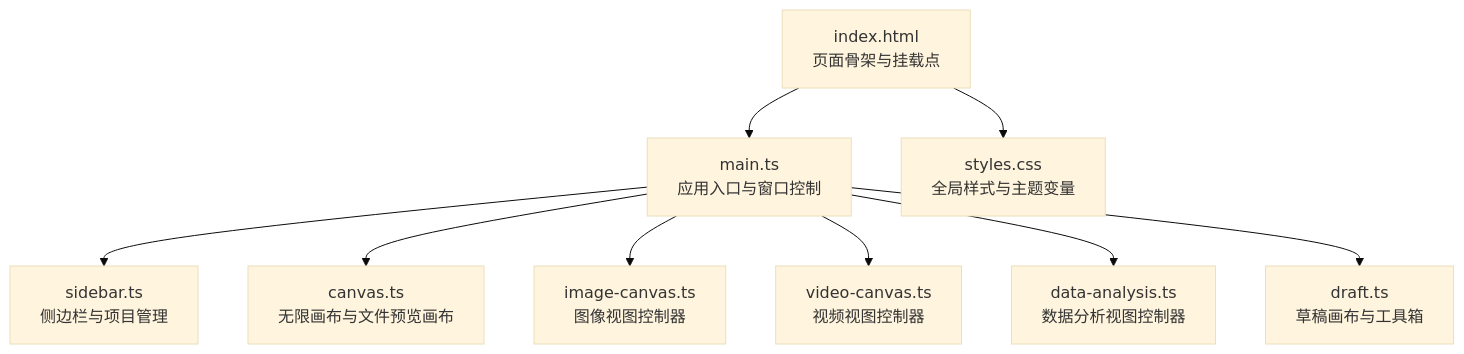
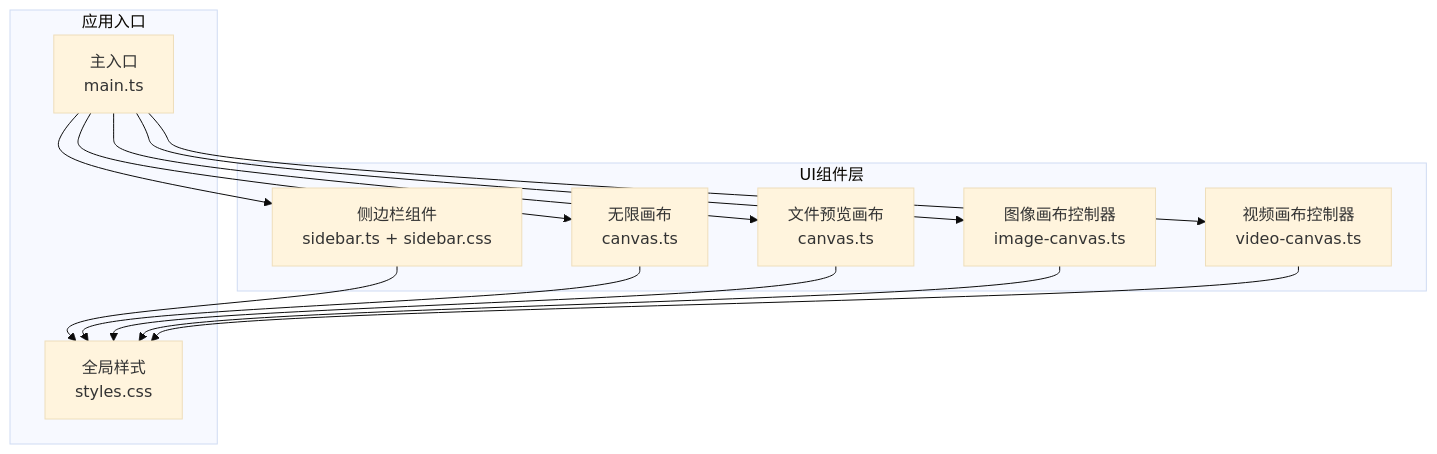
Before and after one commit to 2025ppo/aqw: the first of 8 diagrams in .qoder/repowiki/zh/content/UI组件系统/UI组件系统.md, drawn with Mermaid (base theme). The commit also changed other lines of this file and 224 other files, not shown here.

````diff
--- a/.qoder/repowiki/zh/content/UI组件系统/UI组件系统.md
+++ b/.qoder/repowiki/zh/content/UI组件系统/UI组件系统.md
@@ -39,11 +35,24 @@
 ```mermaid
 graph TB
-A["index.html<br/>页面骨架与挂载点"] --> B["main.ts<br/>应用入口与窗口控制"]
-A --> C["styles.css<br/>全局样式与主题变量"]
-B --> D["sidebar.ts<br/>侧边栏与项目管理"]
-B --> E["canvas.ts<br/>无限画布与文件预览画布"]
-B --> F["image-canvas.ts<br/>图像视图控制器"]
-B --> G["video-canvas.ts<br/>视频视图控制器"]
-B --> H["data-analysis.ts<br/>数据分析视图控制器"]
-B --> I["draft.ts<br/>草稿画布与工具箱"]
+subgraph "UI组件层"
+Sidebar["侧边栏组件<br/>sidebar.ts + sidebar.css"]
+Canvas["无限画布<br/>canvas.ts"]
+FileCanvas["文件预览画布<br/>canvas.ts"]
+ImageCanvas["图像画布控制器<br/>image-canvas.ts"]
+VideoCanvas["视频画布控制器<br/>video-canvas.ts"]
+end
+subgraph "应用入口"
+Main["主入口<br/>main.ts"]
+Styles["全局样式<br/>styles.css"]
+end
+Main --> Sidebar
+Main --> Canvas
+Main --> FileCanvas
+Main --> ImageCanvas
+Main --> VideoCanvas
+Sidebar --> Styles
+Canvas --> Styles
+FileCanvas --> Styles
+ImageCanvas --> Styles
+VideoCanvas --> Styles
 ```
````
